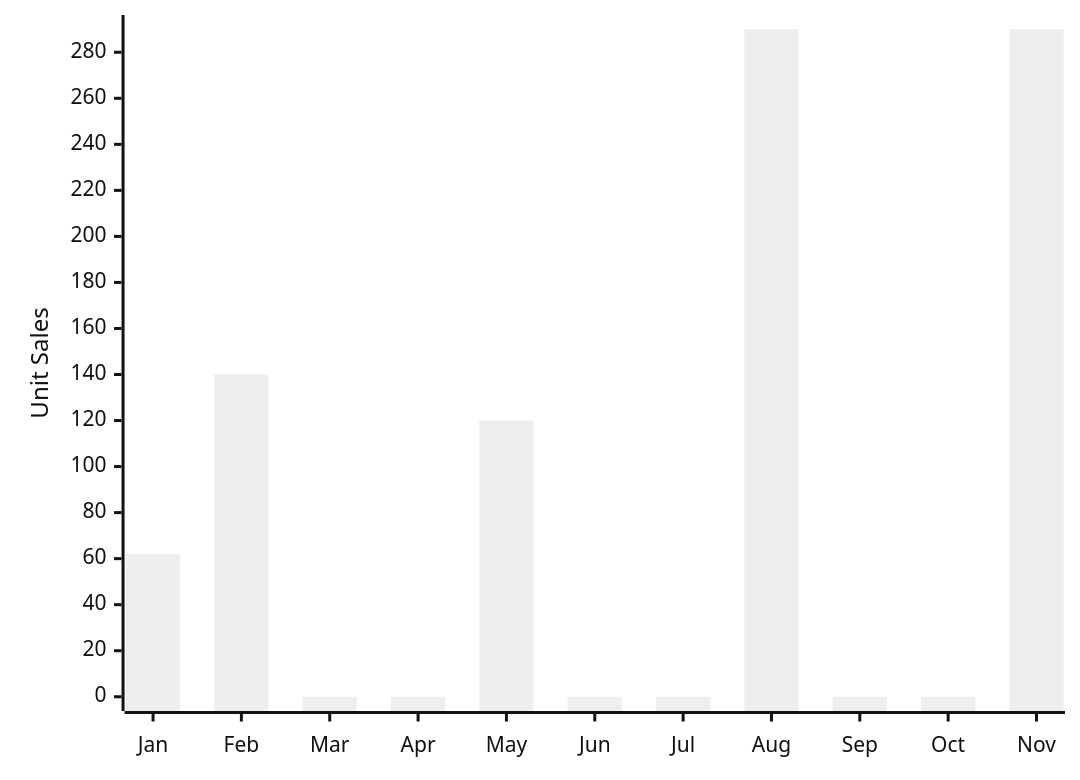
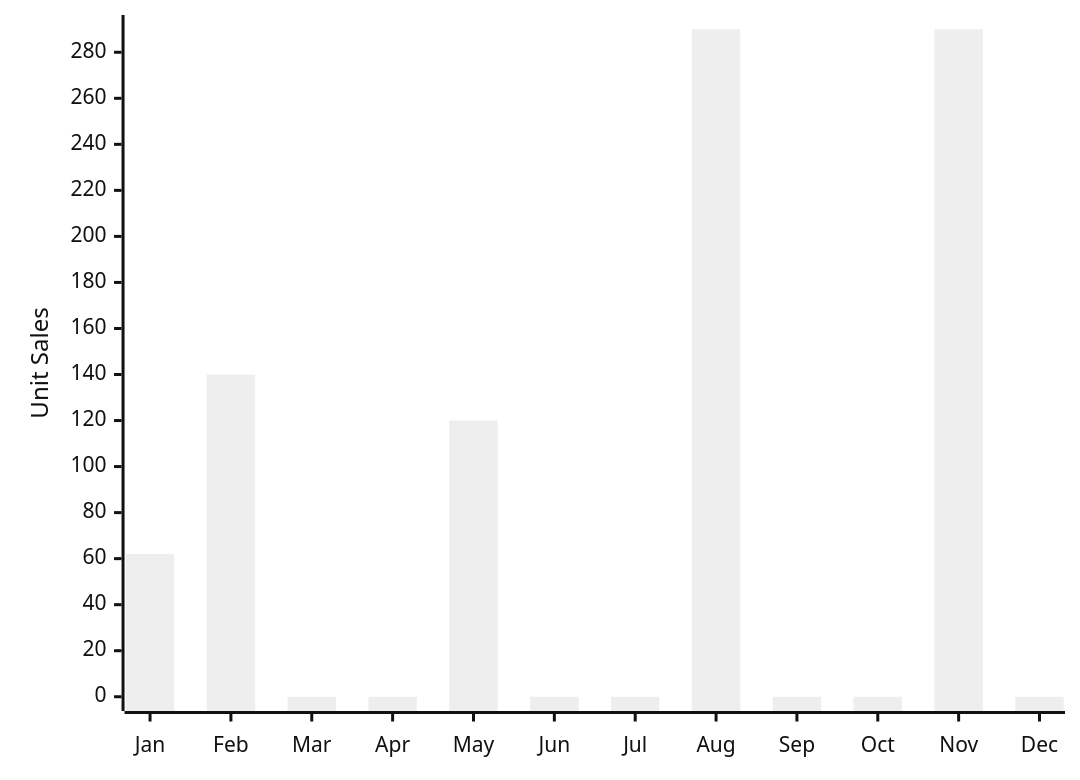
One commit to up-n-atom/8311 changed the third of 6 diagrams in docs/discord/group-buys.md. Above: the diagram before and after it, drawn with Mermaid (neutral theme). The commit also changed other lines of this file, not shown here.

````diff
--- a/docs/discord/group-buys.md
+++ b/docs/discord/group-buys.md
@@ -25,6 +41,6 @@
 ``` mermaid
 xychart-beta
-    x-axis [Jan, Feb, Mar, Apr, May, Jun, Jul, Aug, Sep, Oct, Nov]
+    x-axis [Jan, Feb, Mar, Apr, May, Jun, Jul, Aug, Sep, Oct, Nov, Dec]
     y-axis "Unit Sales" 0 --> 290
-    bar [62, 140, 0, 0, 120, 0, 0, 290, 0, 0, 290]
+    bar [62, 140, 0, 0, 120, 0, 0, 290, 0, 0, 290, 0]
 ```
````
